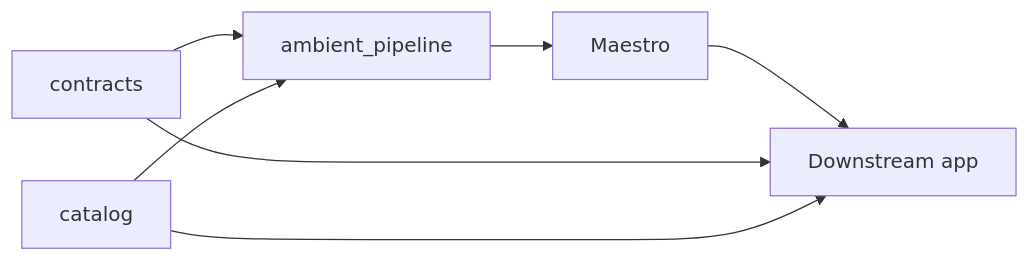
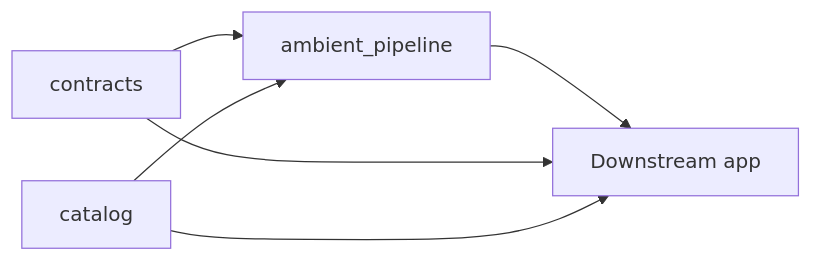
The first of 2 diagrams in docs/ECOSYSTEM.md (Ambient-Team/ambient-core), drawn with Mermaid before and after one commit. The commit also changed other lines of this file and 89 other files, not shown here.

````diff
--- a/docs/ECOSYSTEM.md
+++ b/docs/ECOSYSTEM.md
@@ -41,14 +35,12 @@
 ```mermaid
 flowchart LR
   contracts[contracts]
   catalog[catalog]
   pipeline[ambient_pipeline]
-  maestro[Maestro]
   downstream[Downstream app]
   contracts --> pipeline
   catalog --> pipeline
-  pipeline --> maestro
-  maestro --> downstream
+  pipeline --> downstream
   contracts --> downstream
   catalog --> downstream
 ```
````
